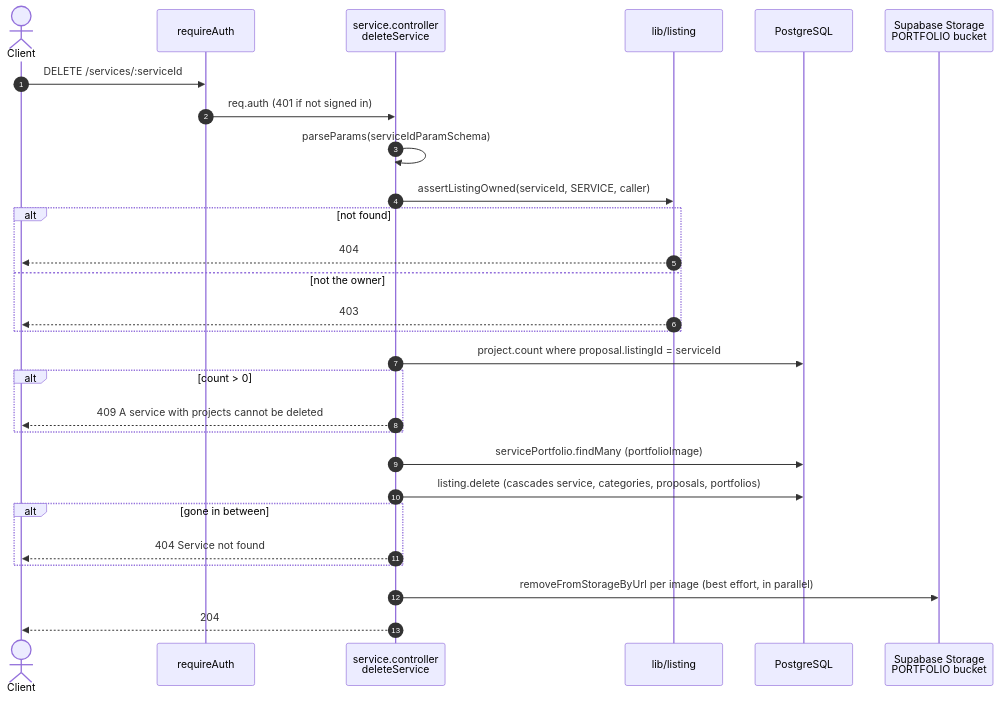
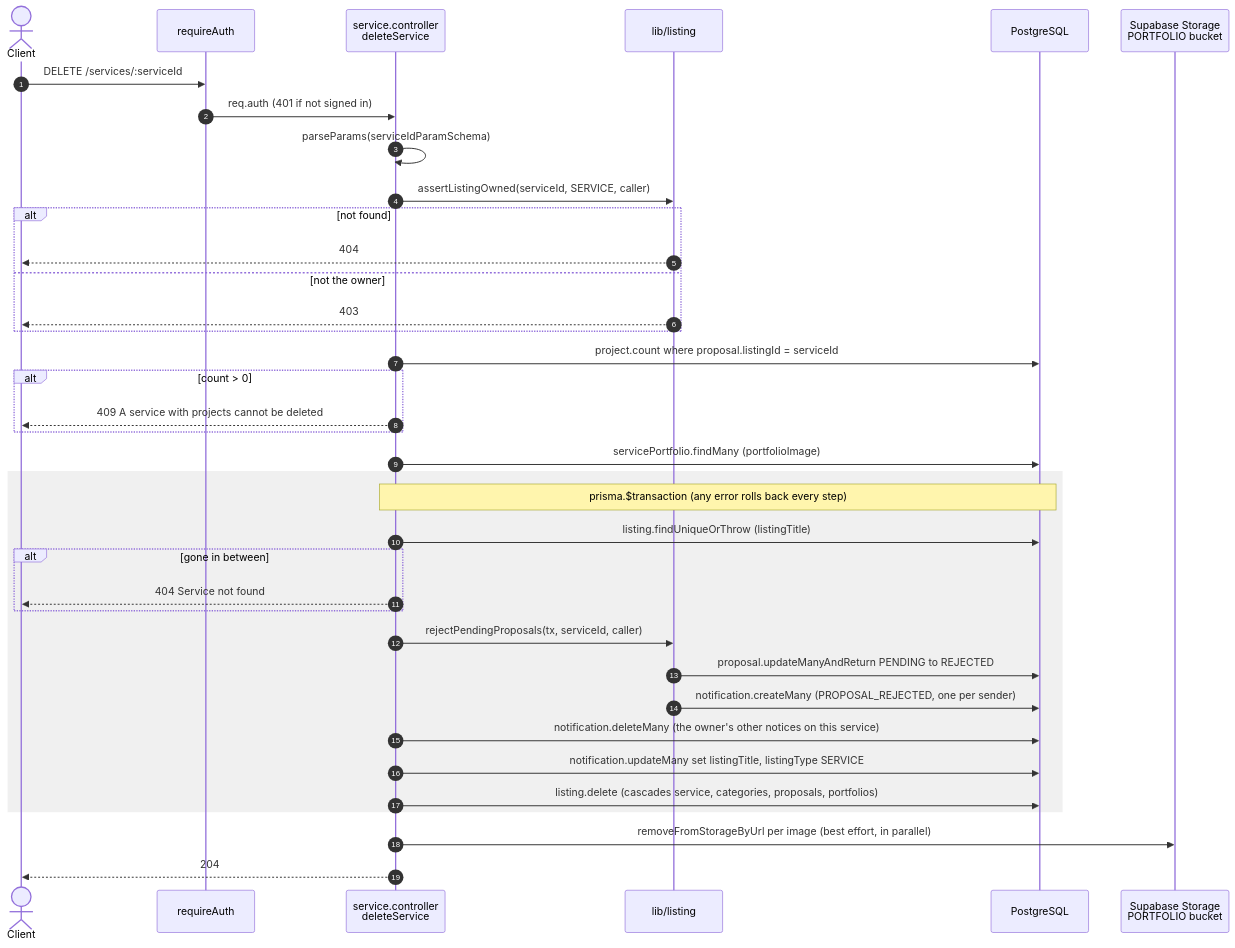
One commit to taofuuu/MangoDB changed the seventh of 9 diagrams in docs/api/services.md. Above: the diagram before and after it, drawn with Mermaid. The commit also changed other lines of this file and 4 other files, not shown here.

Commit message:
docs(api): service and admin deletes reject pending proposals

````diff
--- a/docs/api/services.md
+++ b/docs/api/services.md
@@ -212,31 +214,40 @@
 ```mermaid
 sequenceDiagram
     autonumber
     actor C as Client
     participant G as requireAuth
     participant Ctl as service.controller<br/>deleteService
     participant L as lib/listing
     participant DB as PostgreSQL
     participant St as Supabase Storage<br/>PORTFOLIO bucket
 
     C->>G: DELETE /services/:serviceId
     G->>Ctl: req.auth (401 if not signed in)
     Ctl->>Ctl: parseParams(serviceIdParamSchema)
     Ctl->>L: assertListingOwned(serviceId, SERVICE, caller)
     alt not found
         L-->>C: 404
     else not the owner
         L-->>C: 403
     end
     Ctl->>DB: project.count where proposal.listingId = serviceId
     alt count > 0
         Ctl-->>C: 409 A service with projects cannot be deleted
     end
     Ctl->>DB: servicePortfolio.findMany (portfolioImage)
-    Ctl->>DB: listing.delete (cascades service, categories, proposals, portfolios)
-    alt gone in between
-        Ctl-->>C: 404 Service not found
+    rect rgba(128, 128, 128, 0.12)
+        Note over Ctl,DB: prisma.$transaction (any error rolls back every step)
+        Ctl->>DB: listing.findUniqueOrThrow (listingTitle)
+        alt gone in between
+            Ctl-->>C: 404 Service not found
+        end
+        Ctl->>L: rejectPendingProposals(tx, serviceId, caller)
+        L->>DB: proposal.updateManyAndReturn PENDING to REJECTED
+        L->>DB: notification.createMany (PROPOSAL_REJECTED, one per sender)
+        Ctl->>DB: notification.deleteMany (the owner's other notices on this service)
+        Ctl->>DB: notification.updateMany set listingTitle, listingType SERVICE
+        Ctl->>DB: listing.delete (cascades service, categories, proposals, portfolios)
     end
     Ctl->>St: removeFromStorageByUrl per image (best effort, in parallel)
     Ctl-->>C: 204
 ```
````
